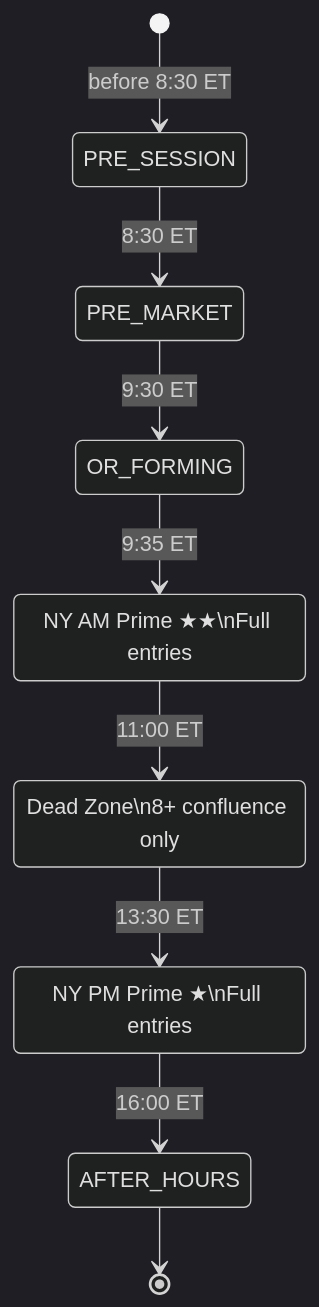
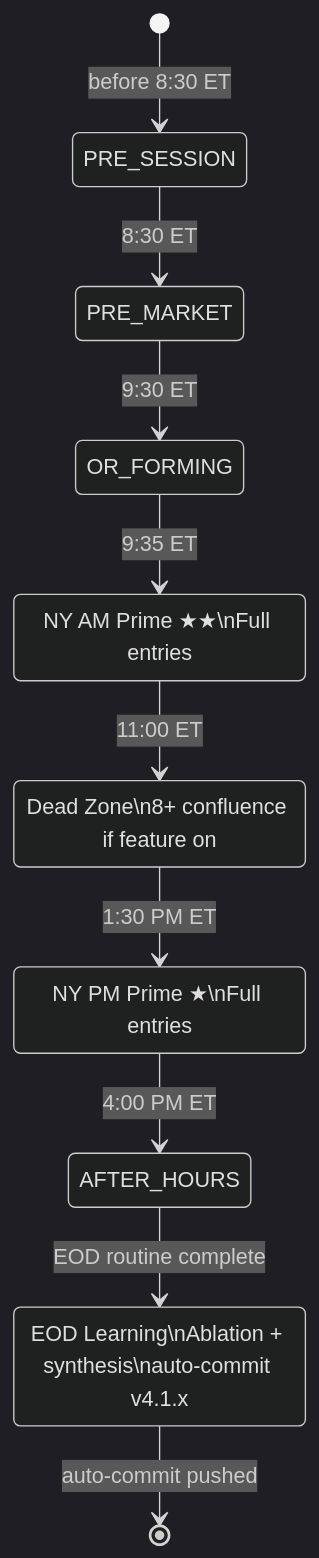
Before and after one commit to fgomecs/mnq-ai-trader: the seventh of 7 diagrams in README.md, drawn with Mermaid (dark theme). The commit also changed other lines of this file and 1 other file, not shown here.

````diff
--- a/README.md
+++ b/README.md
@@ -541,15 +701,17 @@
 ```mermaid
 stateDiagram-v2
     [*] --> PRE_SESSION: before 8:30 ET
     PRE_SESSION --> PRE_MARKET: 8:30 ET
     PRE_MARKET --> OR_FORMING: 9:30 ET
     OR_FORMING --> NY_AM: 9:35 ET
     NY_AM --> DEAD_ZONE: 11:00 ET
-    DEAD_ZONE --> NY_PM: 13:30 ET
-    NY_PM --> AFTER_HOURS: 16:00 ET
-    AFTER_HOURS --> [*]
+    DEAD_ZONE --> NY_PM: 1:30 PM ET
+    NY_PM --> AFTER_HOURS: 4:00 PM ET
+    AFTER_HOURS --> LEARNING: EOD routine complete
+    LEARNING --> [*]: auto-commit pushed
 
     NY_AM: NY AM Prime ★★\nFull entries
-    DEAD_ZONE: Dead Zone\n8+ confluence only
+    DEAD_ZONE: Dead Zone\n8+ confluence if feature on
     NY_PM: NY PM Prime ★\nFull entries
+    LEARNING: EOD Learning\nAblation + synthesis\nauto-commit v4.1.x
 ```
````
